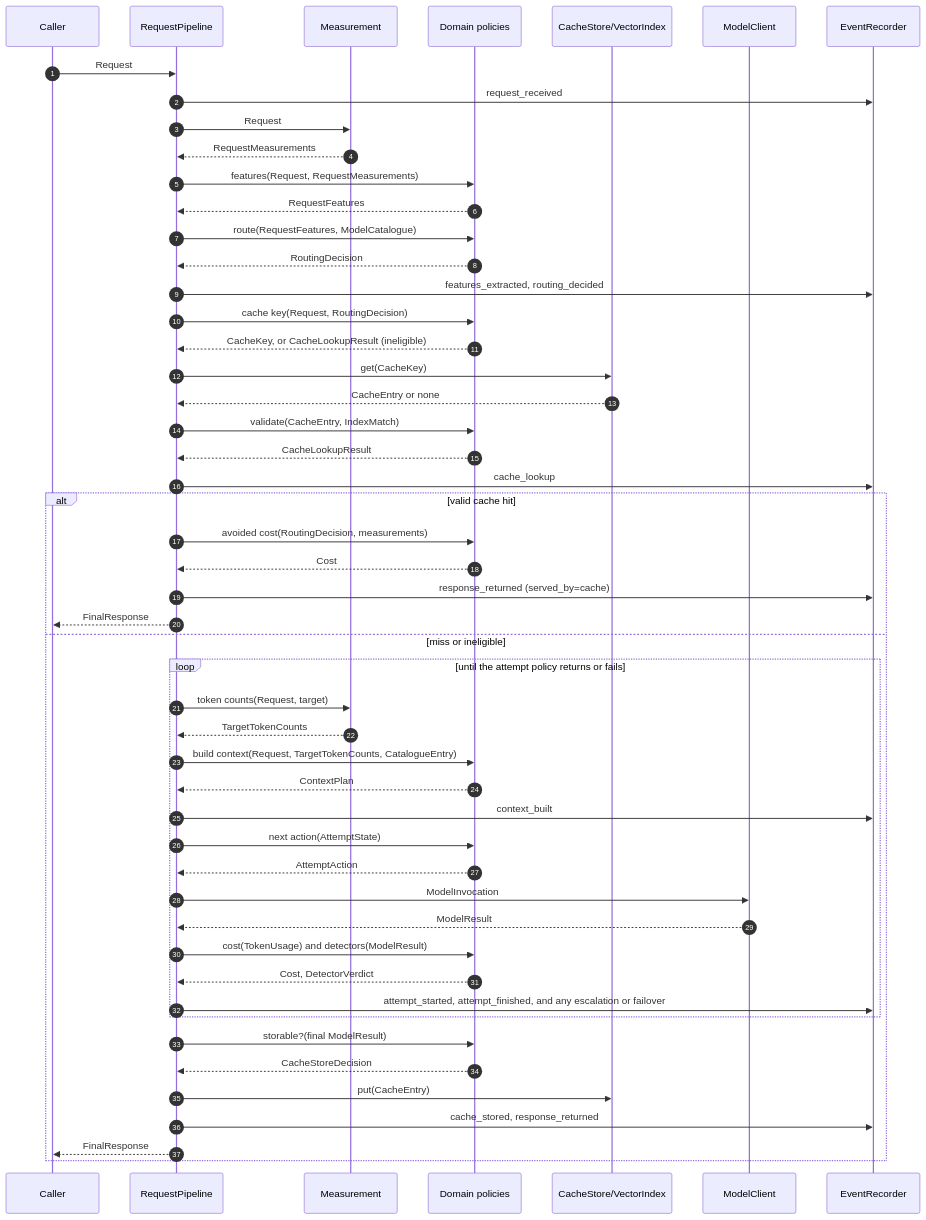
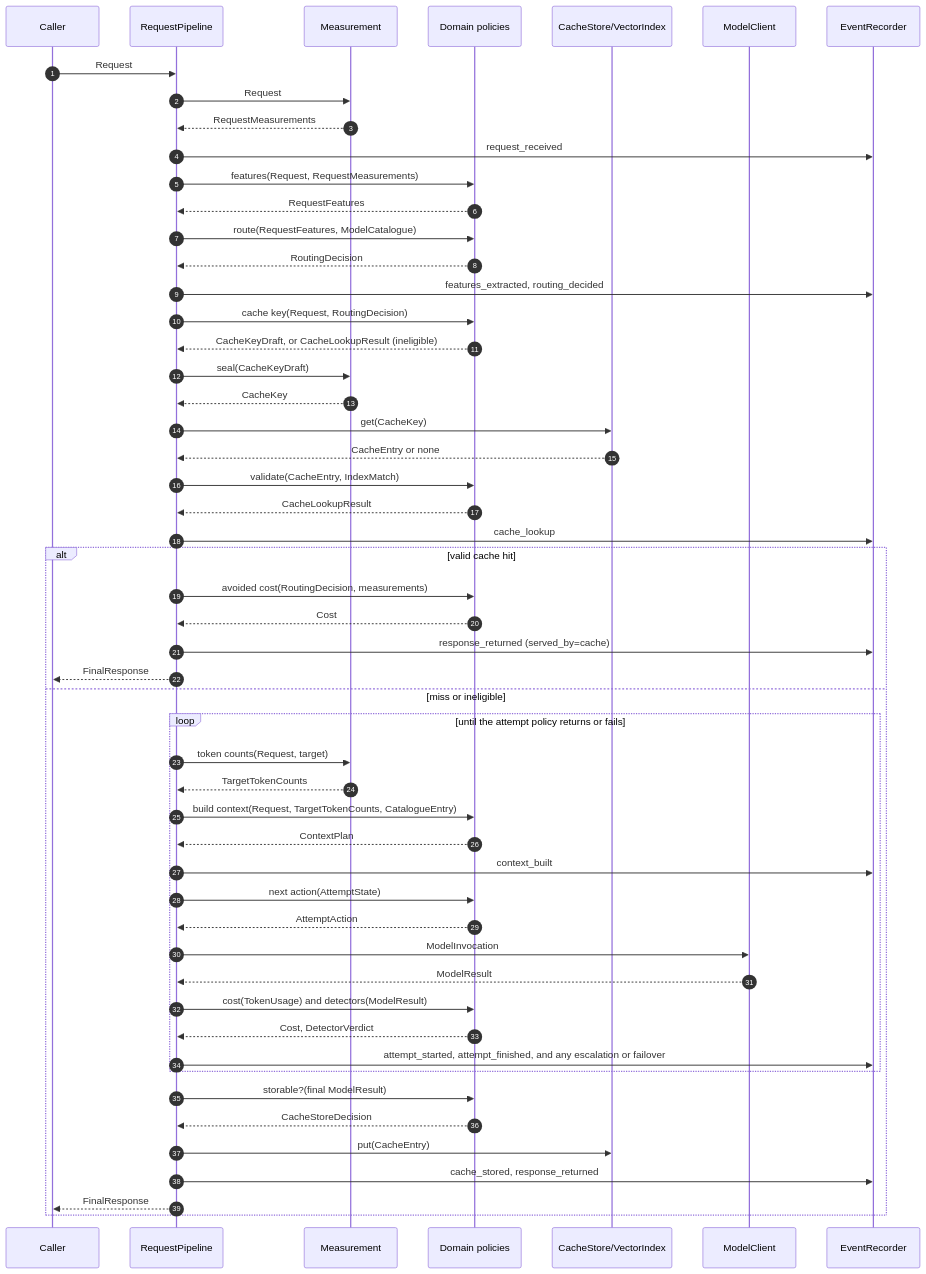
One commit to mahyamotamedi/metis-auto changed the first of 2 diagrams in docs/architecture/request_lifecycle.md. Above: the diagram before and after it, drawn with Mermaid. The commit also changed other lines of this file and 115 other files, not shown here.

````diff
--- a/docs/architecture/request_lifecycle.md
+++ b/docs/architecture/request_lifecycle.md
@@ -40,55 +40,57 @@
 ```mermaid
 %% Question: in what order do components act for one request, and where do hit/miss and the attempt loop branch?
 sequenceDiagram
     autonumber
     participant C as Caller
     participant P as RequestPipeline
     participant M as Measurement
     participant D as Domain policies
     participant S as CacheStore/VectorIndex
     participant MC as ModelClient
     participant E as EventRecorder
 
     C->>P: Request
-    P->>E: request_received
     P->>M: Request
     M-->>P: RequestMeasurements
+    P->>E: request_received
     P->>D: features(Request, RequestMeasurements)
     D-->>P: RequestFeatures
     P->>D: route(RequestFeatures, ModelCatalogue)
     D-->>P: RoutingDecision
     P->>E: features_extracted, routing_decided
     P->>D: cache key(Request, RoutingDecision)
-    D-->>P: CacheKey, or CacheLookupResult (ineligible)
+    D-->>P: CacheKeyDraft, or CacheLookupResult (ineligible)
+    P->>M: seal(CacheKeyDraft)
+    M-->>P: CacheKey
     P->>S: get(CacheKey)
     S-->>P: CacheEntry or none
     P->>D: validate(CacheEntry, IndexMatch)
     D-->>P: CacheLookupResult
     P->>E: cache_lookup
     alt valid cache hit
         P->>D: avoided cost(RoutingDecision, measurements)
         D-->>P: Cost
         P->>E: response_returned (served_by=cache)
         P-->>C: FinalResponse
     else miss or ineligible
         loop until the attempt policy returns or fails
             P->>M: token counts(Request, target)
             M-->>P: TargetTokenCounts
             P->>D: build context(Request, TargetTokenCounts, CatalogueEntry)
             D-->>P: ContextPlan
             P->>E: context_built
             P->>D: next action(AttemptState)
             D-->>P: AttemptAction
             P->>MC: ModelInvocation
             MC-->>P: ModelResult
             P->>D: cost(TokenUsage) and detectors(ModelResult)
             D-->>P: Cost, DetectorVerdict
             P->>E: attempt_started, attempt_finished, and any escalation or failover
         end
         P->>D: storable?(final ModelResult)
         D-->>P: CacheStoreDecision
         P->>S: put(CacheEntry)
         P->>E: cache_stored, response_returned
         P-->>C: FinalResponse
     end
 ```
````
